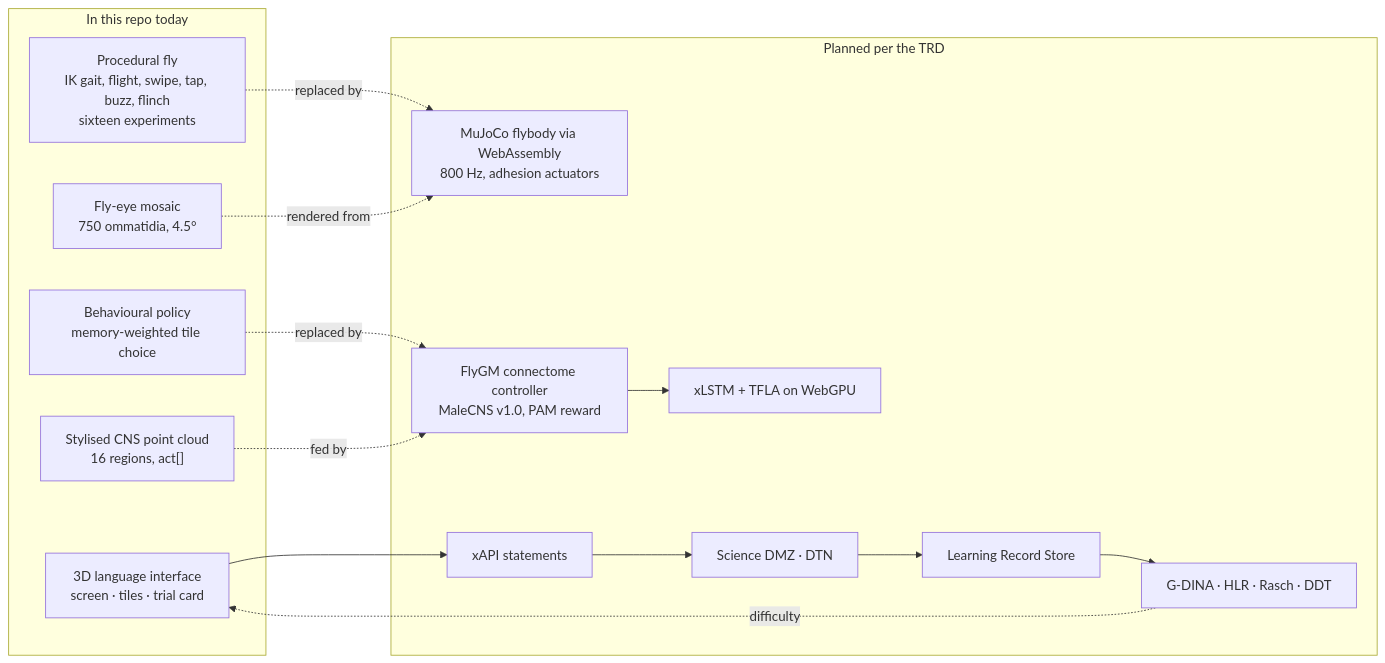
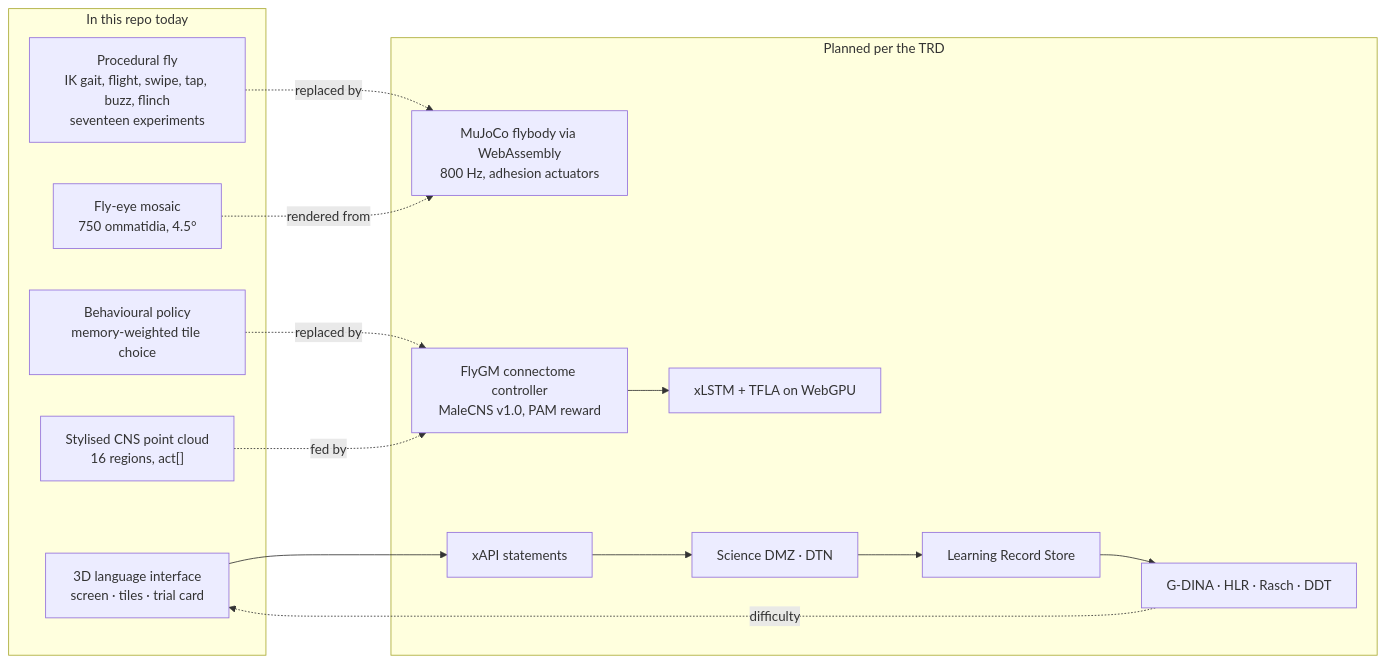
Before and after one commit to jayrosen-design/fly-lingo: the fourth of 4 diagrams in README.md, drawn with Mermaid. The commit also changed other lines of this file and 4 other files, not shown here.

````diff
--- a/README.md
+++ b/README.md
@@ -579,26 +592,26 @@
 ```mermaid
 flowchart LR
   subgraph Now["In this repo today"]
     UI["3D language interface<br/>screen · tiles · trial card"]
-    FlyP["Procedural fly<br/>IK gait, flight, swipe, tap, buzz, flinch<br/>sixteen experiments"]
+    FlyP["Procedural fly<br/>IK gait, flight, swipe, tap, buzz, flinch<br/>seventeen experiments"]
     Policy["Behavioural policy<br/>memory-weighted tile choice"]
     BrainViz["Stylised CNS point cloud<br/>16 regions, act[]"]
     Eye["Fly-eye mosaic<br/>750 ommatidia, 4.5°"]
   end
   subgraph Planned["Planned per the TRD"]
     MuJoCo["MuJoCo flybody via WebAssembly<br/>800 Hz, adhesion actuators"]
     FlyGM["FlyGM connectome controller<br/>MaleCNS v1.0, PAM reward"]
     xLSTM["xLSTM + TFLA on WebGPU"]
     xAPI["xAPI statements"]
     DMZ["Science DMZ · DTN"]
     LRS["Learning Record Store"]
     Eval["G-DINA · HLR · Rasch · DDT"]
   end
   Policy -. replaced by .-> FlyGM
   FlyP -. replaced by .-> MuJoCo
   BrainViz -. fed by .-> FlyGM
   Eye -. rendered from .-> MuJoCo
   UI --> xAPI --> DMZ --> LRS --> Eval
   Eval -. difficulty .-> UI
   FlyGM --> xLSTM
 ```
````
